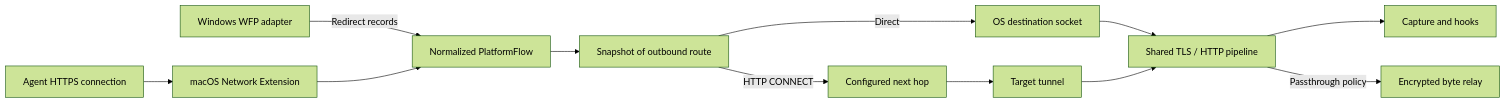
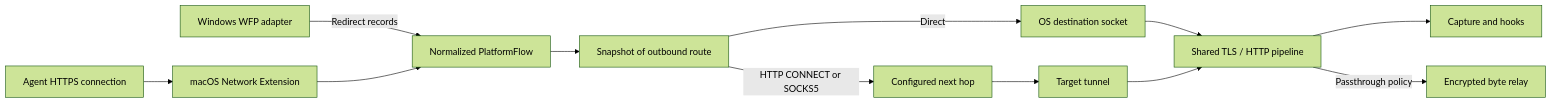
Before and after one commit to lexmount/abyss-rs: the first of 3 diagrams in docs/transparent-upstream-routing.md, drawn with Mermaid (forest theme). The commit also changed other lines of this file and 31 other files, not shown here.

````diff
--- a/docs/transparent-upstream-routing.md
+++ b/docs/transparent-upstream-routing.md
@@ -7,14 +7,14 @@
 ```mermaid
 flowchart LR
     A[Agent HTTPS connection] --> NE[macOS Network Extension]
     W[Windows WFP adapter] -->|Redirect records| F
     NE --> F[Normalized PlatformFlow]
     F --> R[Snapshot of outbound route]
     R -->|Direct| D[OS destination socket]
-    R -->|HTTP CONNECT| P[Configured next hop]
+    R -->|HTTP CONNECT or SOCKS5| P[Configured next hop]
     P --> T[Target tunnel]
     D --> M[Shared TLS / HTTP pipeline]
     T --> M
     M --> C[Capture and hooks]
     M -->|Passthrough policy| B[Encrypted byte relay]
 ```
````
